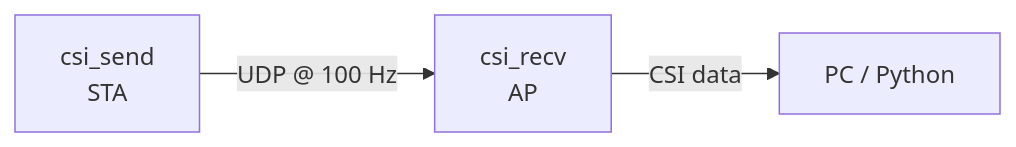
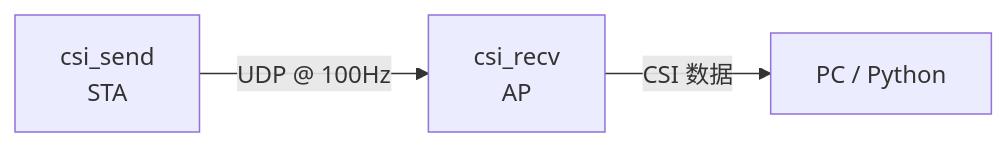
Before and after one commit to hhjh79933-sketch/wifi_csi: the diagram in csi_send/README.md, drawn with Mermaid. The commit also changed other lines of this file, not shown here.

Commit message:
docs: csi_send README 翻译为中文

````diff
--- a/csi_send/README.md
+++ b/csi_send/README.md
@@ -7,5 +7,5 @@
 ```mermaid
 flowchart LR
-    A[csi_send<br/>STA] -->|UDP @ 100 Hz| B[csi_recv<br/>AP]
-    B -->|CSI data| C[PC / Python]
+    A[csi_send<br/>STA] -->|"UDP @ 100Hz"| B[csi_recv<br/>AP]
+    B -->|CSI 数据| C[PC / Python]
 ```
````
